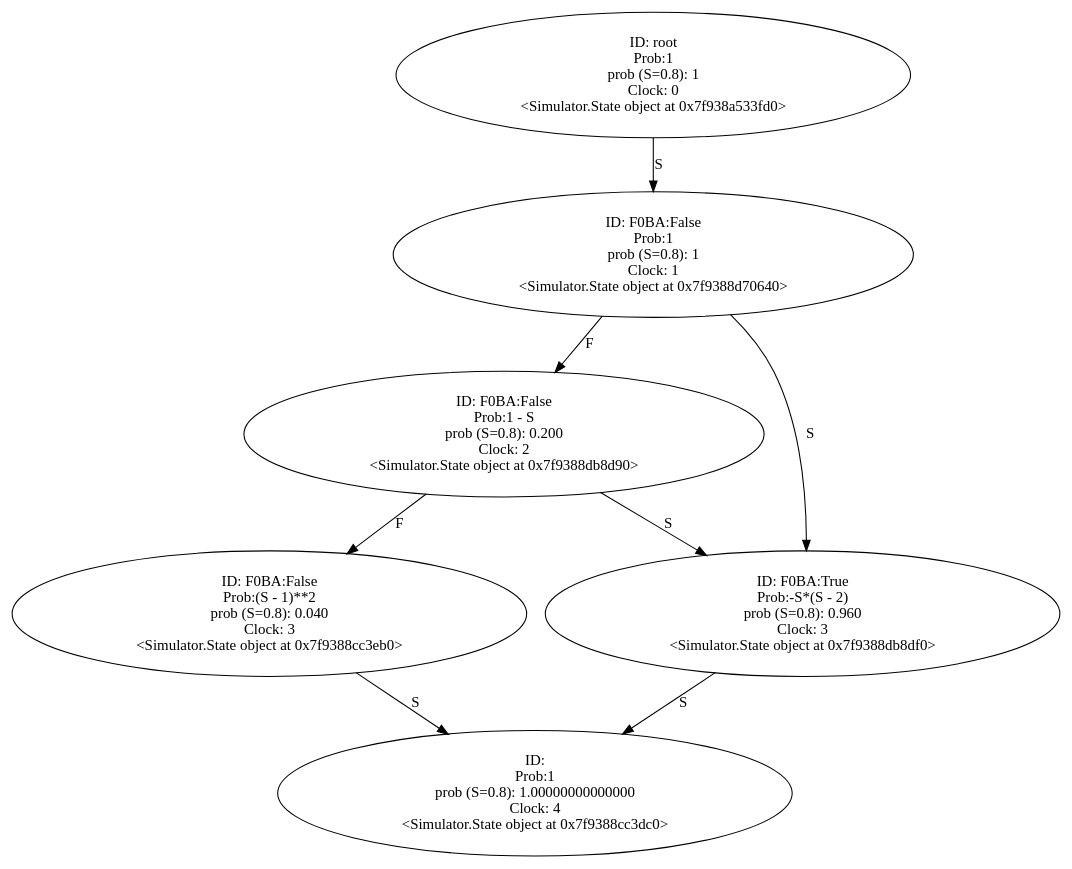
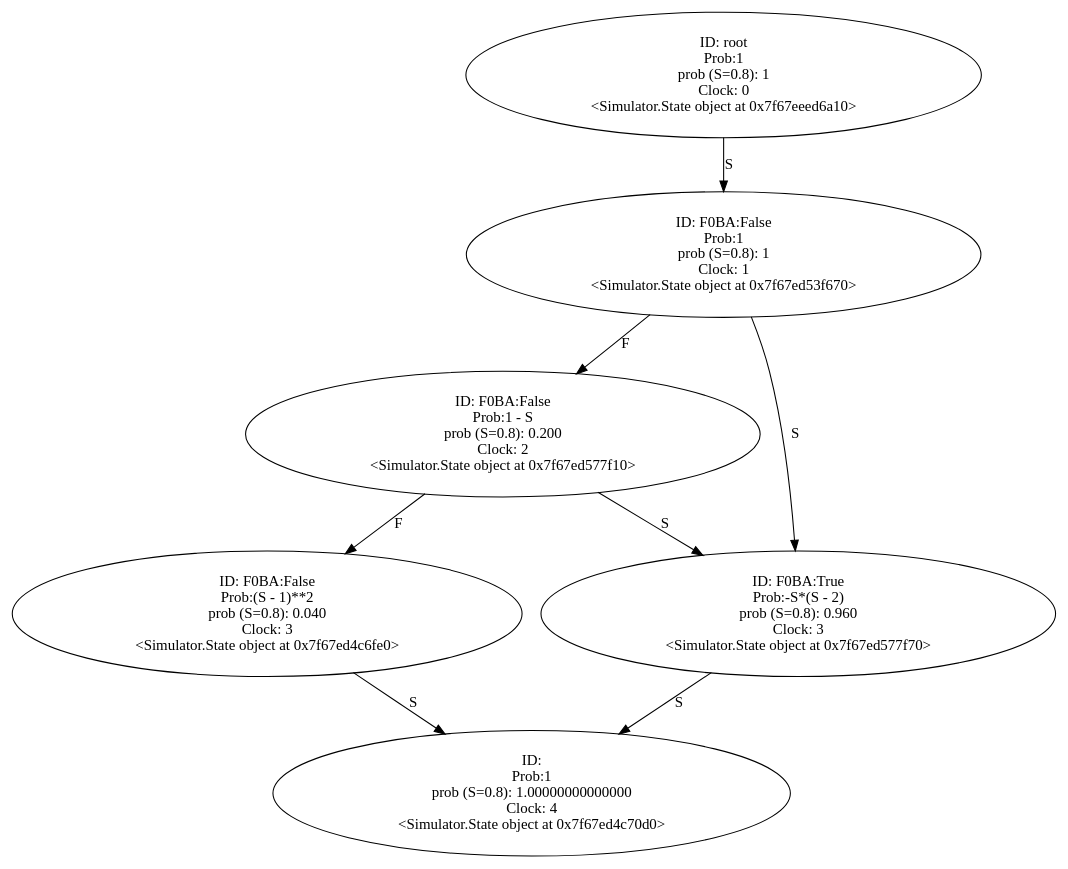
Before and after one commit to YasinBoloorchi/WARP-Simulator: the diagram in Output/half_condition.wrp.gv, drawn with Graphviz. The commit also changed 16 other files, not shown here.

```diff
--- a/Output/half_condition.wrp.gv
+++ b/Output/half_condition.wrp.gv
@@ -1,39 +1,39 @@
 digraph "./Output/half_condition.wrp" {
-	<Simulator.State object at 0x7f938a533fd0> [label="ID: root
+	<Simulator.State object at 0x7f67eeed6a10> [label="ID: root
 Prob:1
 prob (S=0.8): 1
 Clock: 0
-<Simulator.State object at 0x7f938a533fd0>"]
-	<Simulator.State object at 0x7f938a533fd0> -> <Simulator.State object at 0x7f9388d70640> [label=S]
-	<Simulator.State object at 0x7f9388d70640> [label="ID: F0BA:False
+<Simulator.State object at 0x7f67eeed6a10>"]
+	<Simulator.State object at 0x7f67eeed6a10> -> <Simulator.State object at 0x7f67ed53f670> [label=S]
+	<Simulator.State object at 0x7f67ed53f670> [label="ID: F0BA:False
 Prob:1
 prob (S=0.8): 1
 Clock: 1
-<Simulator.State object at 0x7f9388d70640>"]
-	<Simulator.State object at 0x7f9388d70640> -> <Simulator.State object at 0x7f9388db8d90> [label=F]
-	<Simulator.State object at 0x7f9388d70640> -> <Simulator.State object at 0x7f9388db8df0> [label=S]
-	<Simulator.State object at 0x7f9388db8d90> [label="ID: F0BA:False
+<Simulator.State object at 0x7f67ed53f670>"]
+	<Simulator.State object at 0x7f67ed53f670> -> <Simulator.State object at 0x7f67ed577f10> [label=F]
+	<Simulator.State object at 0x7f67ed53f670> -> <Simulator.State object at 0x7f67ed577f70> [label=S]
+	<Simulator.State object at 0x7f67ed577f10> [label="ID: F0BA:False
 Prob:1 - S
 prob (S=0.8): 0.200
 Clock: 2
-<Simulator.State object at 0x7f9388db8d90>"]
-	<Simulator.State object at 0x7f9388db8d90> -> <Simulator.State object at 0x7f9388cc3eb0> [label=F]
-	<Simulator.State object at 0x7f9388db8d90> -> <Simulator.State object at 0x7f9388db8df0> [label=S]
-	<Simulator.State object at 0x7f9388db8df0> [label="ID: F0BA:True
+<Simulator.State object at 0x7f67ed577f10>"]
+	<Simulator.State object at 0x7f67ed577f10> -> <Simulator.State object at 0x7f67ed4c6fe0> [label=F]
+	<Simulator.State object at 0x7f67ed577f10> -> <Simulator.State object at 0x7f67ed577f70> [label=S]
+	<Simulator.State object at 0x7f67ed577f70> [label="ID: F0BA:True
 Prob:-S*(S - 2)
 prob (S=0.8): 0.960
 Clock: 3
-<Simulator.State object at 0x7f9388db8df0>"]
-	<Simulator.State object at 0x7f9388db8df0> -> <Simulator.State object at 0x7f9388cc3dc0> [label=S]
-	<Simulator.State object at 0x7f9388cc3eb0> [label="ID: F0BA:False
+<Simulator.State object at 0x7f67ed577f70>"]
+	<Simulator.State object at 0x7f67ed577f70> -> <Simulator.State object at 0x7f67ed4c70d0> [label=S]
+	<Simulator.State object at 0x7f67ed4c6fe0> [label="ID: F0BA:False
 Prob:(S - 1)**2
 prob (S=0.8): 0.040
 Clock: 3
-<Simulator.State object at 0x7f9388cc3eb0>"]
-	<Simulator.State object at 0x7f9388cc3eb0> -> <Simulator.State object at 0x7f9388cc3dc0> [label=S]
-	<Simulator.State object at 0x7f9388cc3dc0> [label="ID: 
+<Simulator.State object at 0x7f67ed4c6fe0>"]
+	<Simulator.State object at 0x7f67ed4c6fe0> -> <Simulator.State object at 0x7f67ed4c70d0> [label=S]
+	<Simulator.State object at 0x7f67ed4c70d0> [label="ID: 
 Prob:1
 prob (S=0.8): 1.00000000000000
 Clock: 4
-<Simulator.State object at 0x7f9388cc3dc0>"]
+<Simulator.State object at 0x7f67ed4c70d0>"]
 }
```
